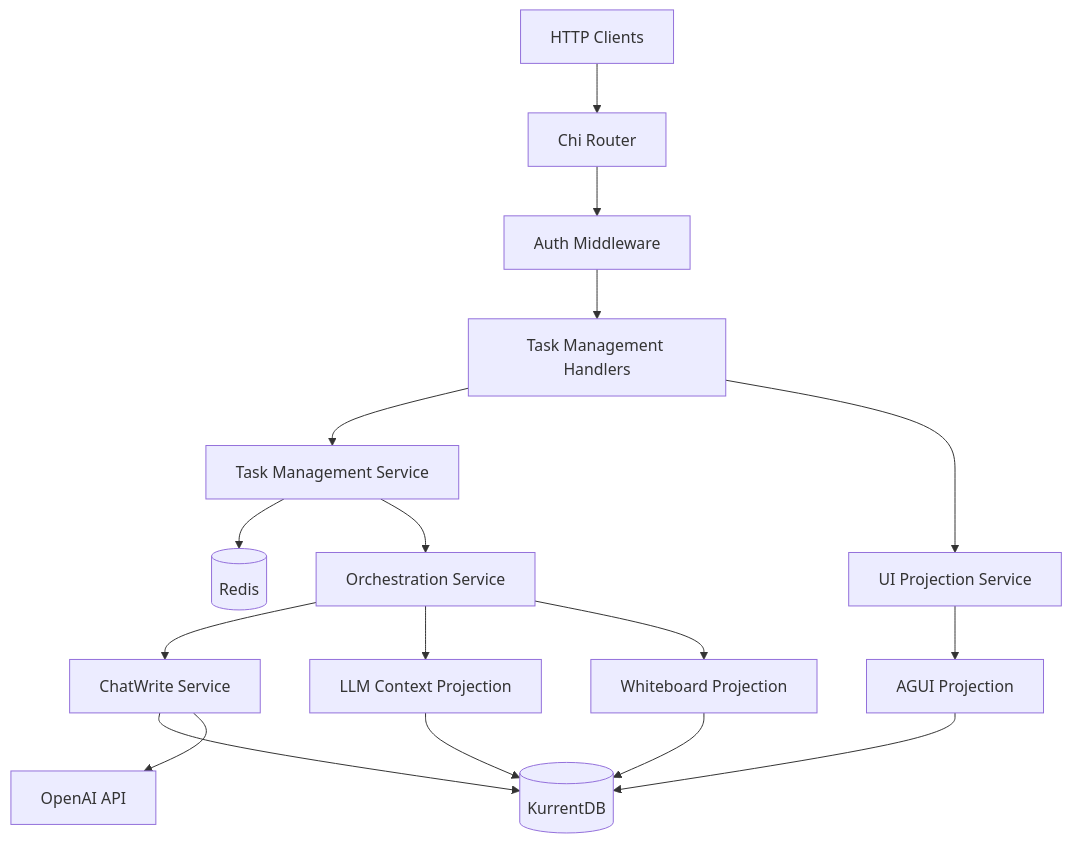
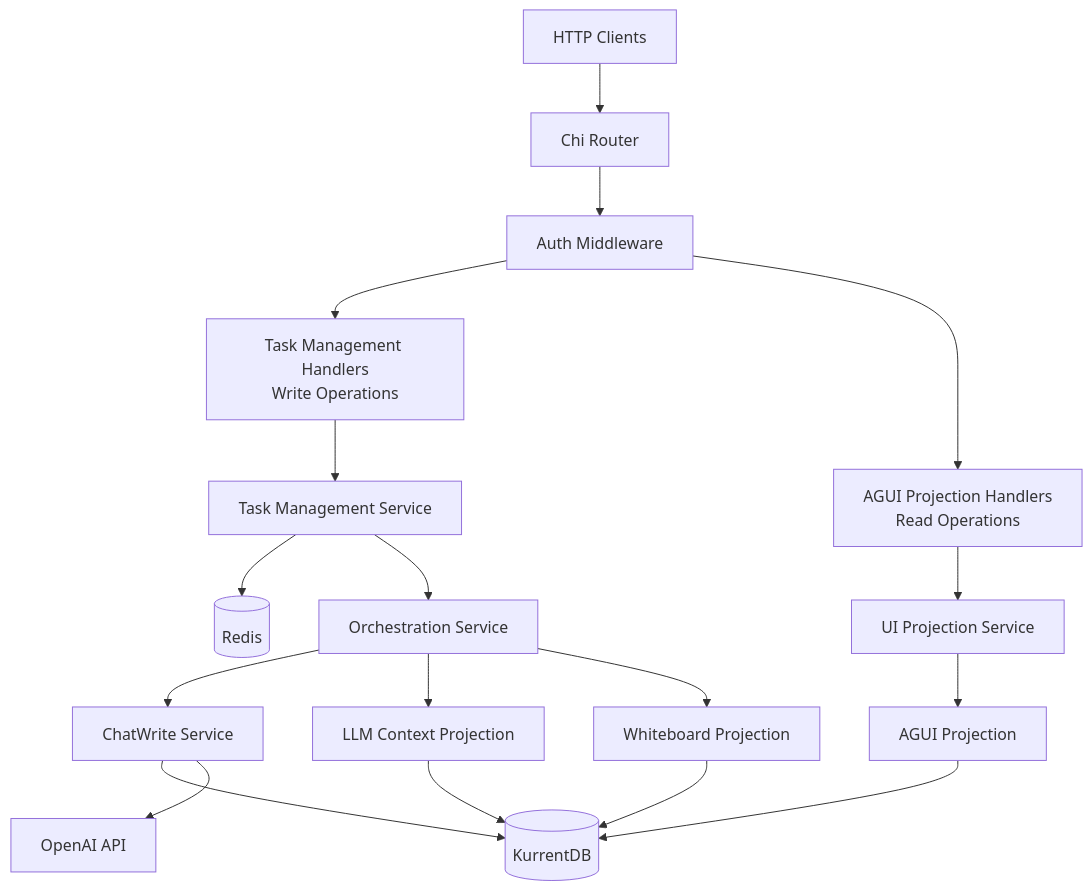
One commit to MKAPersonalOrganization/AgenticWorkflowPlatform changed the second of 2 diagrams in README.md. Above: the diagram before and after it, drawn with Mermaid. The commit also changed other lines of this file, not shown here.

Commit message:
docs: clarify read/write handler separation in diagram
- Split handlers into Task Management (write) and AGUI Projection (read)
- Show clear CQRS separation in the architecture diagram
- Update component descriptions to explain the separation

````diff
--- a/README.md
+++ b/README.md
@@ -60,24 +60,27 @@
 ```mermaid
 graph TB
     Client[HTTP Clients] --> Router[Chi Router]
     Router --> Auth[Auth Middleware]
-    Auth --> Handlers[Task Management Handlers]
-    Handlers --> TaskMgmt[Task Management Service]
-    Handlers --> UIProjection[UI Projection Service]
+    
+    Auth --> WriteHandlers[Task Management Handlers<br/>Write Operations]
+    Auth --> ReadHandlers[AGUI Projection Handlers<br/>Read Operations]
+    
+    WriteHandlers --> TaskMgmt[Task Management Service]
+    ReadHandlers --> UIProjection[UI Projection Service]
     
     TaskMgmt --> Redis[(Redis)]
     TaskMgmt --> Service[Orchestration Service]
     Service --> ChatWrite[ChatWrite Service]
     Service --> ThreadStore[LLM Context Projection]
     Service --> WhiteboardProj[Whiteboard Projection]
     
     ChatWrite --> EventStore[(KurrentDB)]
     
     UIProjection --> AGUI[AGUI Projection]
     
     AGUI --> EventStore
     ThreadStore --> EventStore
     WhiteboardProj --> EventStore
     
     ChatWrite --> LLM[OpenAI API]
 ```
````
